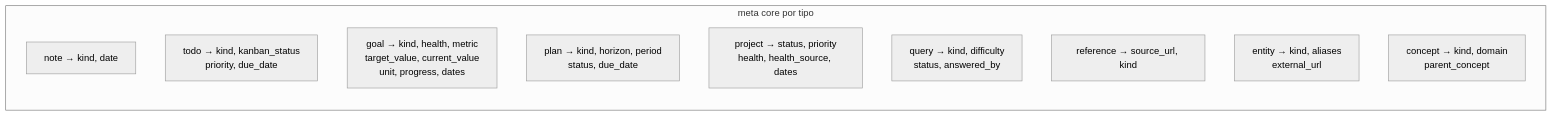
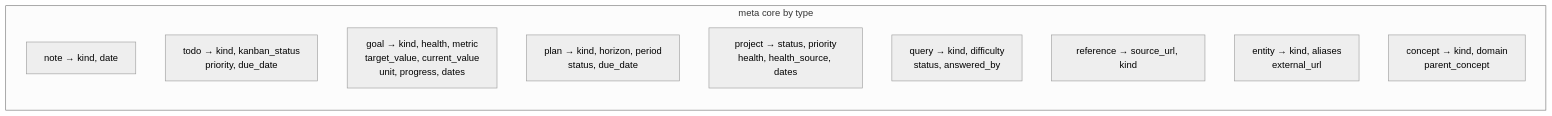
Before and after one commit to alvarolizama/dran: the third of 7 diagrams in skills/dran/SKILL.md, drawn with Mermaid (neutral theme). The commit also changed other lines of this file and 11 other files, not shown here.

Commit message:
feat: traducir skills de dran al inglés (9 flows + dran + references)

````diff
--- a/skills/dran/SKILL.md
+++ b/skills/dran/SKILL.md
@@ -218,14 +220,14 @@
 ```mermaid
 flowchart LR
-  subgraph CORE["meta core por tipo"]
+  subgraph CORE["meta core by type"]
     N["note → kind, date"]
     TD["todo → kind, kanban_status\npriority, due_date"]
     G["goal → kind, health, metric\ntarget_value, current_value\nunit, progress, dates"]
     PL["plan → kind, horizon, period\nstatus, due_date"]
     PR["project → status, priority\nhealth, health_source, dates"]
     Q2["query → kind, difficulty\nstatus, answered_by"]
     RF["reference → source_url, kind"]
     EN["entity → kind, aliases\nexternal_url"]
     CN["concept → kind, domain\nparent_concept"]
   end
 ```
````
